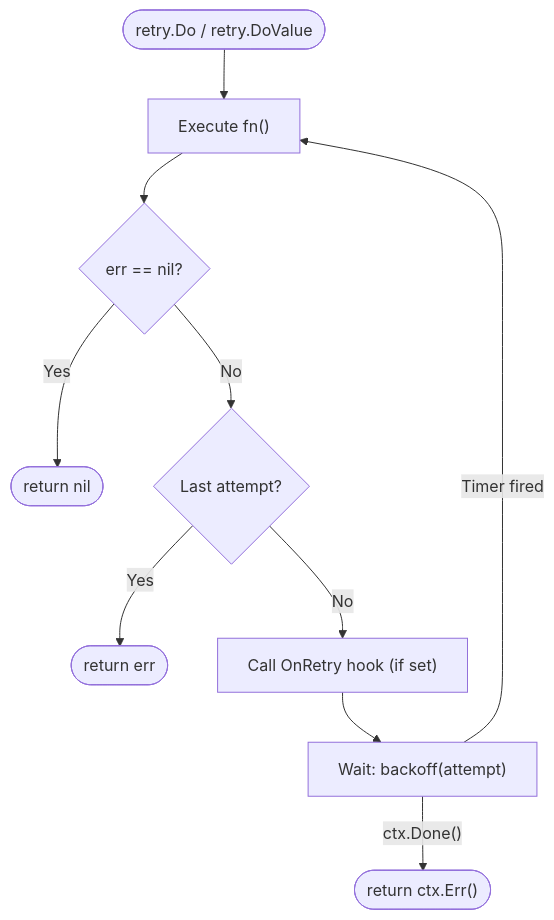
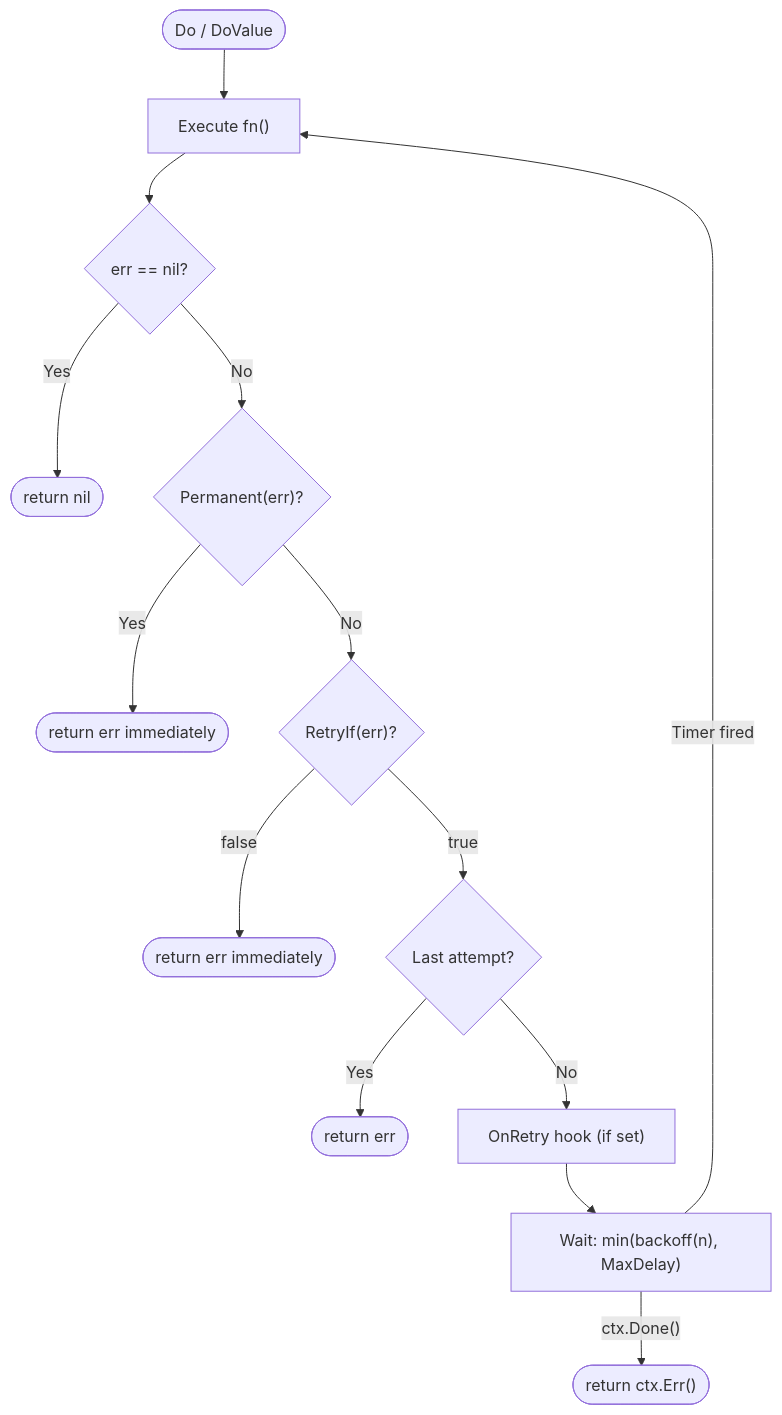
The diagram in README.md (chmenegatti/go-retry), drawn with Mermaid before and after one commit. The commit also changed other lines of this file and 6 other files, not shown here.

Commit message:
✨ v1.1.0: RetryIf, Permanent errors, MaxDelay, CI, 98.4% coverage

````diff
--- a/README.md
+++ b/README.md
@@ -183,12 +234,16 @@
 ```mermaid
 flowchart TD
-    Start(["retry.Do / retry.DoValue"]) --> Exec["Execute fn()"]
+    Start(["Do / DoValue"]) --> Exec["Execute fn()"]
     Exec --> Ok{"err == nil?"}
     Ok -->|"Yes"| ReturnNil(["return nil"])
-    Ok -->|"No"| Last{"Last attempt?"}
+    Ok -->|"No"| Perm{"Permanent(err)?"}
+    Perm -->|"Yes"| ReturnPerm(["return err immediately"])
+    Perm -->|"No"| Cond{"RetryIf(err)?"}
+    Cond -->|"false"| ReturnCond(["return err immediately"])
+    Cond -->|"true"| Last{"Last attempt?"}
     Last -->|"Yes"| ReturnErr(["return err"])
-    Last -->|"No"| Hook["Call OnRetry hook (if set)"]
-    Hook --> Sleep["Wait: backoff(attempt)"]
+    Last -->|"No"| Hook["OnRetry hook (if set)"]
+    Hook --> Sleep["Wait: min(backoff(n), MaxDelay)"]
     Sleep -->|"Timer fired"| Exec
     Sleep -->|"ctx.Done()"| ReturnCtx(["return ctx.Err()"])
 ```
````
